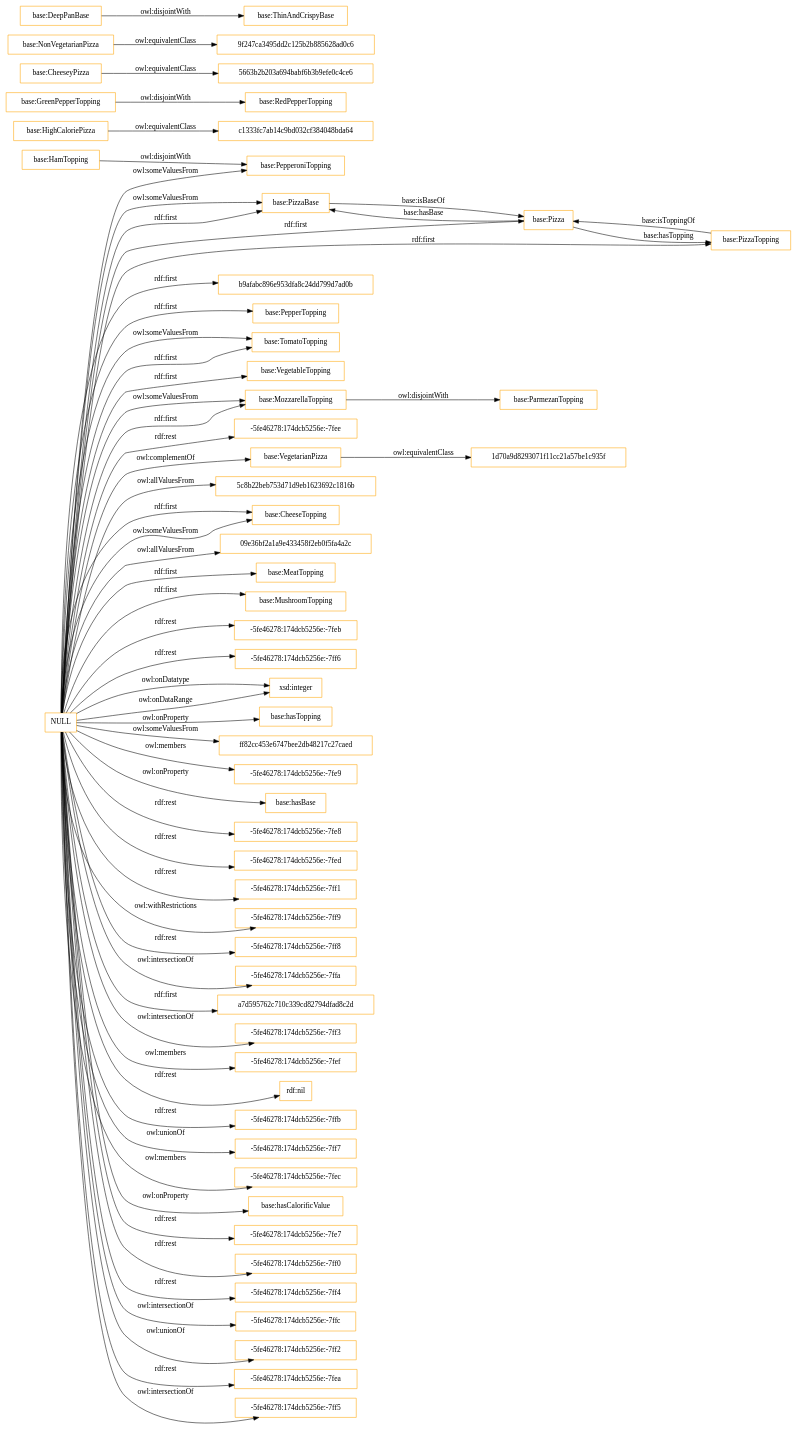
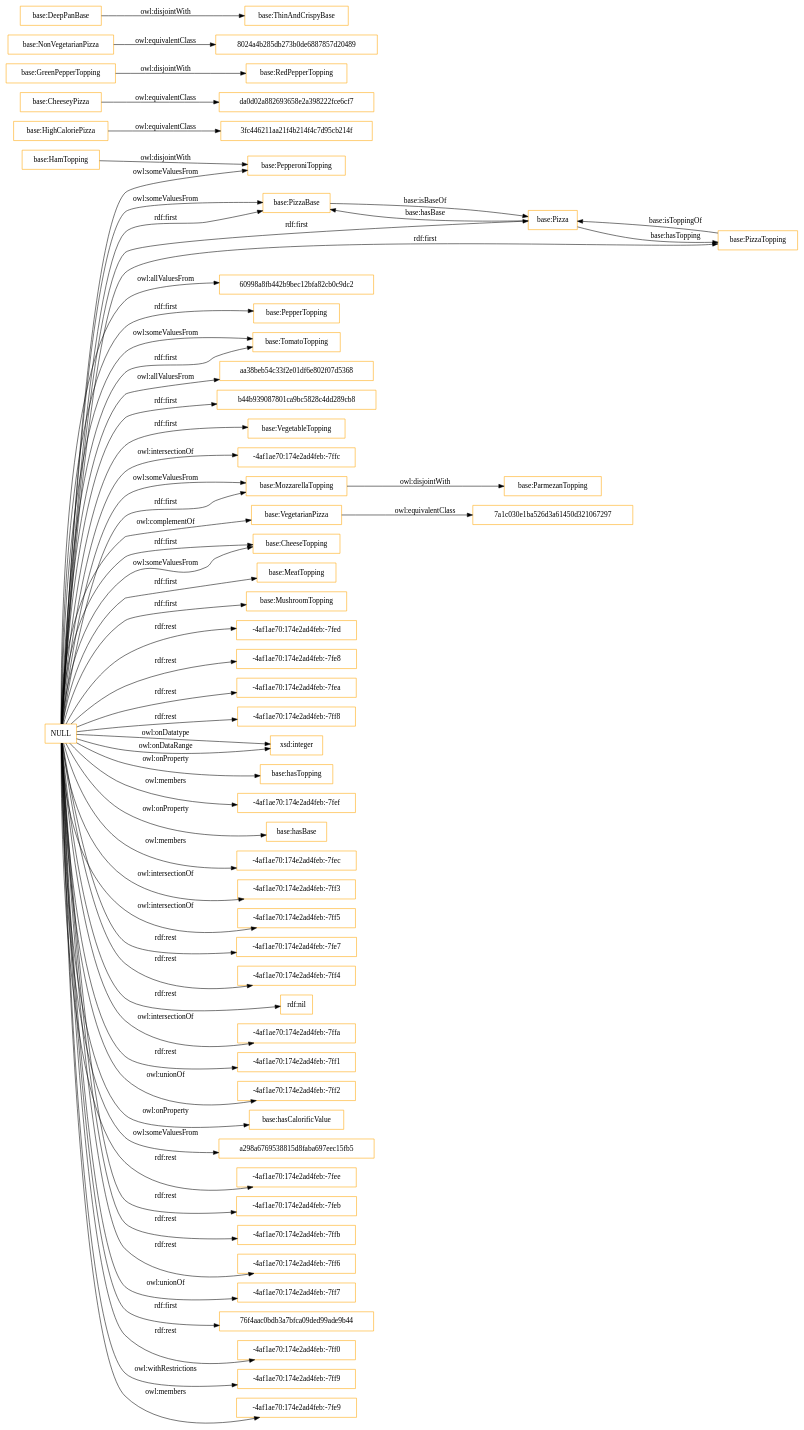
One commit to Muucha/test_ontology changed the diagram in OnToology/docs/ontology.ttl/diagrams/ar2dtool-class/ontology.ttl.png.dot. Above: the diagram before and after it, drawn with Graphviz. The commit also changed 7 other files, not shown here.

```diff
--- a/OnToology/docs/ontology.ttl/diagrams/ar2dtool-class/ontology.ttl.png.dot
+++ b/OnToology/docs/ontology.ttl/diagrams/ar2dtool-class/ontology.ttl.png.dot
@@ -1,67 +1,67 @@
 digraph ar2dtool_diagram { 
 rankdir=LR;
 size="1501"
-node [shape = rectangle, color="orange"]; "base:PizzaBase" "b9afabc896e953dfa8c24dd799d7ad0b" "c1333fc7ab14c9bd032cf384048bda64" "base:PepperTopping" "base:HighCaloriePizza" "base:TomatoTopping" "base:VegetableTopping" "base:GreenPepperTopping" "base:CheeseyPizza" "base:MozzarellaTopping" "base:PepperoniTopping" "base:VegetarianPizza" "base:RedPepperTopping" "base:PizzaTopping" "9f247ca3495dd2c125b2b885628ad0c6" "base:NonVegetarianPizza" "5c8b22beb753d71d9eb1623692c1816b" "base:ParmezanTopping" "base:CheeseTopping" "09e36bf2a1a9e433458f2eb0f5fa4a2c" "base:DeepPanBase" "base:Pizza" "5663b2b203a694babf6b3b9efe0c4ce6" "1d70a9d8293071f11cc21a57be1c935f" "base:HamTopping" "base:MeatTopping" "base:MushroomTopping" "base:ThinAndCrispyBase" ; /*classes style*/
-	"base:NonVegetarianPizza" -> "9f247ca3495dd2c125b2b885628ad0c6" [ label = "owl:equivalentClass" ];
+node [shape = rectangle, color="orange"]; "base:PizzaBase" "60998a8fb442b9bec12bfa82cb0c9dc2" "base:PepperTopping" "base:HighCaloriePizza" "base:TomatoTopping" "aa38beb54c33f2e01df6e802f07d5368" "b44b939087801ca9bc5828c4dd289cb8" "da0d02a882693658e2a398222fce6cf7" "base:VegetableTopping" "base:GreenPepperTopping" "base:PepperoniTopping" "base:CheeseyPizza" "base:MozzarellaTopping" "8024a4b285db273b0de6887857d20489" "base:VegetarianPizza" "base:RedPepperTopping" "base:PizzaTopping" "base:NonVegetarianPizza" "base:ParmezanTopping" "base:CheeseTopping" "base:DeepPanBase" "7a1c030e1ba526d3a61450d321067297" "base:Pizza" "base:HamTopping" "base:MeatTopping" "base:MushroomTopping" "base:ThinAndCrispyBase" "3fc446211aa21f4b214f4c7d95cb214f" ; /*classes style*/
+	"base:NonVegetarianPizza" -> "8024a4b285db273b0de6887857d20489" [ label = "owl:equivalentClass" ];
 	"base:DeepPanBase" -> "base:ThinAndCrispyBase" [ label = "owl:disjointWith" ];
 	"base:GreenPepperTopping" -> "base:RedPepperTopping" [ label = "owl:disjointWith" ];
-	"base:CheeseyPizza" -> "5663b2b203a694babf6b3b9efe0c4ce6" [ label = "owl:equivalentClass" ];
-	"base:VegetarianPizza" -> "1d70a9d8293071f11cc21a57be1c935f" [ label = "owl:equivalentClass" ];
-	"NULL" -> "-5fe46278:174dcb5256e:-7feb" [ label = "rdf:rest" ];
+	"base:CheeseyPizza" -> "da0d02a882693658e2a398222fce6cf7" [ label = "owl:equivalentClass" ];
+	"base:VegetarianPizza" -> "7a1c030e1ba526d3a61450d321067297" [ label = "owl:equivalentClass" ];
+	"NULL" -> "-4af1ae70:174e2ad4feb:-7fed" [ label = "rdf:rest" ];
+	"NULL" -> "-4af1ae70:174e2ad4feb:-7fe8" [ label = "rdf:rest" ];
 	"NULL" -> "base:PizzaTopping" [ label = "rdf:first" ];
 	"NULL" -> "base:VegetableTopping" [ label = "rdf:first" ];
 	"NULL" -> "base:CheeseTopping" [ label = "rdf:first" ];
-	"NULL" -> "-5fe46278:174dcb5256e:-7ff6" [ label = "rdf:rest" ];
+	"NULL" -> "-4af1ae70:174e2ad4feb:-7fea" [ label = "rdf:rest" ];
+	"NULL" -> "-4af1ae70:174e2ad4feb:-7ff8" [ label = "rdf:rest" ];
 	"NULL" -> "base:TomatoTopping" [ label = "owl:someValuesFrom" ];
 	"NULL" -> "xsd:integer" [ label = "owl:onDatatype" ];
 	"NULL" -> "base:hasTopping" [ label = "owl:onProperty" ];
 	"NULL" -> "base:TomatoTopping" [ label = "rdf:first" ];
-	"NULL" -> "ff82cc453e6747bee2db48217c27caed" [ label = "owl:someValuesFrom" ];
-	"NULL" -> "-5fe46278:174dcb5256e:-7fe9" [ label = "owl:members" ];
+	"NULL" -> "-4af1ae70:174e2ad4feb:-7fef" [ label = "owl:members" ];
 	"NULL" -> "base:hasBase" [ label = "owl:onProperty" ];
-	"NULL" -> "-5fe46278:174dcb5256e:-7fe8" [ label = "rdf:rest" ];
-	"NULL" -> "-5fe46278:174dcb5256e:-7fed" [ label = "rdf:rest" ];
+	"NULL" -> "-4af1ae70:174e2ad4feb:-7fec" [ label = "owl:members" ];
+	"NULL" -> "-4af1ae70:174e2ad4feb:-7ff3" [ label = "owl:intersectionOf" ];
 	"NULL" -> "xsd:integer" [ label = "owl:onDataRange" ];
-	"NULL" -> "-5fe46278:174dcb5256e:-7ff1" [ label = "rdf:rest" ];
-	"NULL" -> "-5fe46278:174dcb5256e:-7ff9" [ label = "owl:withRestrictions" ];
-	"NULL" -> "-5fe46278:174dcb5256e:-7ff8" [ label = "rdf:rest" ];
-	"NULL" -> "-5fe46278:174dcb5256e:-7ffa" [ label = "owl:intersectionOf" ];
-	"NULL" -> "a7d595762c710c339cd82794dfad8c2d" [ label = "rdf:first" ];
+	"NULL" -> "-4af1ae70:174e2ad4feb:-7ff5" [ label = "owl:intersectionOf" ];
+	"NULL" -> "-4af1ae70:174e2ad4feb:-7fe7" [ label = "rdf:rest" ];
 	"NULL" -> "base:PizzaBase" [ label = "owl:someValuesFrom" ];
 	"NULL" -> "base:CheeseTopping" [ label = "owl:someValuesFrom" ];
-	"NULL" -> "-5fe46278:174dcb5256e:-7ff3" [ label = "owl:intersectionOf" ];
-	"NULL" -> "-5fe46278:174dcb5256e:-7fef" [ label = "owl:members" ];
-	"NULL" -> "5c8b22beb753d71d9eb1623692c1816b" [ label = "owl:allValuesFrom" ];
+	"NULL" -> "b44b939087801ca9bc5828c4dd289cb8" [ label = "rdf:first" ];
+	"NULL" -> "-4af1ae70:174e2ad4feb:-7ff4" [ label = "rdf:rest" ];
 	"NULL" -> "rdf:nil" [ label = "rdf:rest" ];
-	"NULL" -> "-5fe46278:174dcb5256e:-7ffb" [ label = "rdf:rest" ];
-	"NULL" -> "-5fe46278:174dcb5256e:-7ff7" [ label = "owl:unionOf" ];
-	"NULL" -> "-5fe46278:174dcb5256e:-7fec" [ label = "owl:members" ];
+	"NULL" -> "-4af1ae70:174e2ad4feb:-7ffa" [ label = "owl:intersectionOf" ];
+	"NULL" -> "-4af1ae70:174e2ad4feb:-7ff1" [ label = "rdf:rest" ];
 	"NULL" -> "base:PepperTopping" [ label = "rdf:first" ];
+	"NULL" -> "-4af1ae70:174e2ad4feb:-7ff2" [ label = "owl:unionOf" ];
 	"NULL" -> "base:PizzaBase" [ label = "rdf:first" ];
 	"NULL" -> "base:hasCalorificValue" [ label = "owl:onProperty" ];
-	"NULL" -> "-5fe46278:174dcb5256e:-7fe7" [ label = "rdf:rest" ];
+	"NULL" -> "a298a6769538815d8faba697eec15fb5" [ label = "owl:someValuesFrom" ];
+	"NULL" -> "-4af1ae70:174e2ad4feb:-7fee" [ label = "rdf:rest" ];
 	"NULL" -> "base:MozzarellaTopping" [ label = "owl:someValuesFrom" ];
-	"NULL" -> "-5fe46278:174dcb5256e:-7ff0" [ label = "rdf:rest" ];
+	"NULL" -> "-4af1ae70:174e2ad4feb:-7feb" [ label = "rdf:rest" ];
 	"NULL" -> "base:MushroomTopping" [ label = "rdf:first" ];
 	"NULL" -> "base:MozzarellaTopping" [ label = "rdf:first" ];
 	"NULL" -> "base:Pizza" [ label = "rdf:first" ];
-	"NULL" -> "-5fe46278:174dcb5256e:-7ff4" [ label = "rdf:rest" ];
 	"NULL" -> "base:MeatTopping" [ label = "rdf:first" ];
-	"NULL" -> "09e36bf2a1a9e433458f2eb0f5fa4a2c" [ label = "owl:allValuesFrom" ];
-	"NULL" -> "-5fe46278:174dcb5256e:-7ffc" [ label = "owl:intersectionOf" ];
-	"NULL" -> "b9afabc896e953dfa8c24dd799d7ad0b" [ label = "rdf:first" ];
-	"NULL" -> "-5fe46278:174dcb5256e:-7ff2" [ label = "owl:unionOf" ];
-	"NULL" -> "-5fe46278:174dcb5256e:-7fea" [ label = "rdf:rest" ];
-	"NULL" -> "-5fe46278:174dcb5256e:-7ff5" [ label = "owl:intersectionOf" ];
+	"NULL" -> "-4af1ae70:174e2ad4feb:-7ffb" [ label = "rdf:rest" ];
+	"NULL" -> "-4af1ae70:174e2ad4feb:-7ff6" [ label = "rdf:rest" ];
+	"NULL" -> "60998a8fb442b9bec12bfa82cb0c9dc2" [ label = "owl:allValuesFrom" ];
+	"NULL" -> "-4af1ae70:174e2ad4feb:-7ff7" [ label = "owl:unionOf" ];
 	"NULL" -> "base:VegetarianPizza" [ label = "owl:complementOf" ];
-	"NULL" -> "-5fe46278:174dcb5256e:-7fee" [ label = "rdf:rest" ];
+	"NULL" -> "aa38beb54c33f2e01df6e802f07d5368" [ label = "owl:allValuesFrom" ];
+	"NULL" -> "76f4aac0bdb3a7bfca09ded99ade9b44" [ label = "rdf:first" ];
+	"NULL" -> "-4af1ae70:174e2ad4feb:-7ff0" [ label = "rdf:rest" ];
+	"NULL" -> "-4af1ae70:174e2ad4feb:-7ff9" [ label = "owl:withRestrictions" ];
+	"NULL" -> "-4af1ae70:174e2ad4feb:-7fe9" [ label = "owl:members" ];
+	"NULL" -> "-4af1ae70:174e2ad4feb:-7ffc" [ label = "owl:intersectionOf" ];
 	"NULL" -> "base:PepperoniTopping" [ label = "owl:someValuesFrom" ];
 	"base:HamTopping" -> "base:PepperoniTopping" [ label = "owl:disjointWith" ];
-	"base:HighCaloriePizza" -> "c1333fc7ab14c9bd032cf384048bda64" [ label = "owl:equivalentClass" ];
+	"base:HighCaloriePizza" -> "3fc446211aa21f4b214f4c7d95cb214f" [ label = "owl:equivalentClass" ];
 	"base:MozzarellaTopping" -> "base:ParmezanTopping" [ label = "owl:disjointWith" ];
 	"base:Pizza" -> "base:PizzaTopping" [ label = "base:hasTopping" ];
 	"base:Pizza" -> "base:PizzaBase" [ label = "base:hasBase" ];
 	"base:PizzaBase" -> "base:Pizza" [ label = "base:isBaseOf" ];
 	"base:PizzaTopping" -> "base:Pizza" [ label = "base:isToppingOf" ];
 
 }
```
